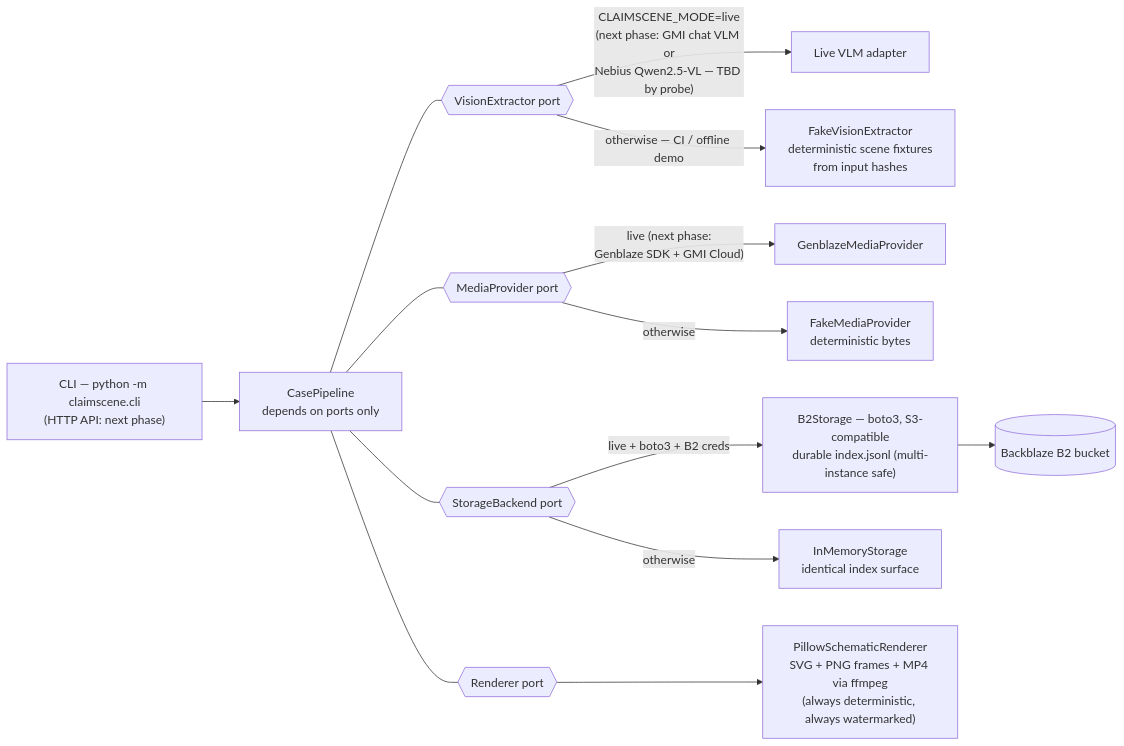
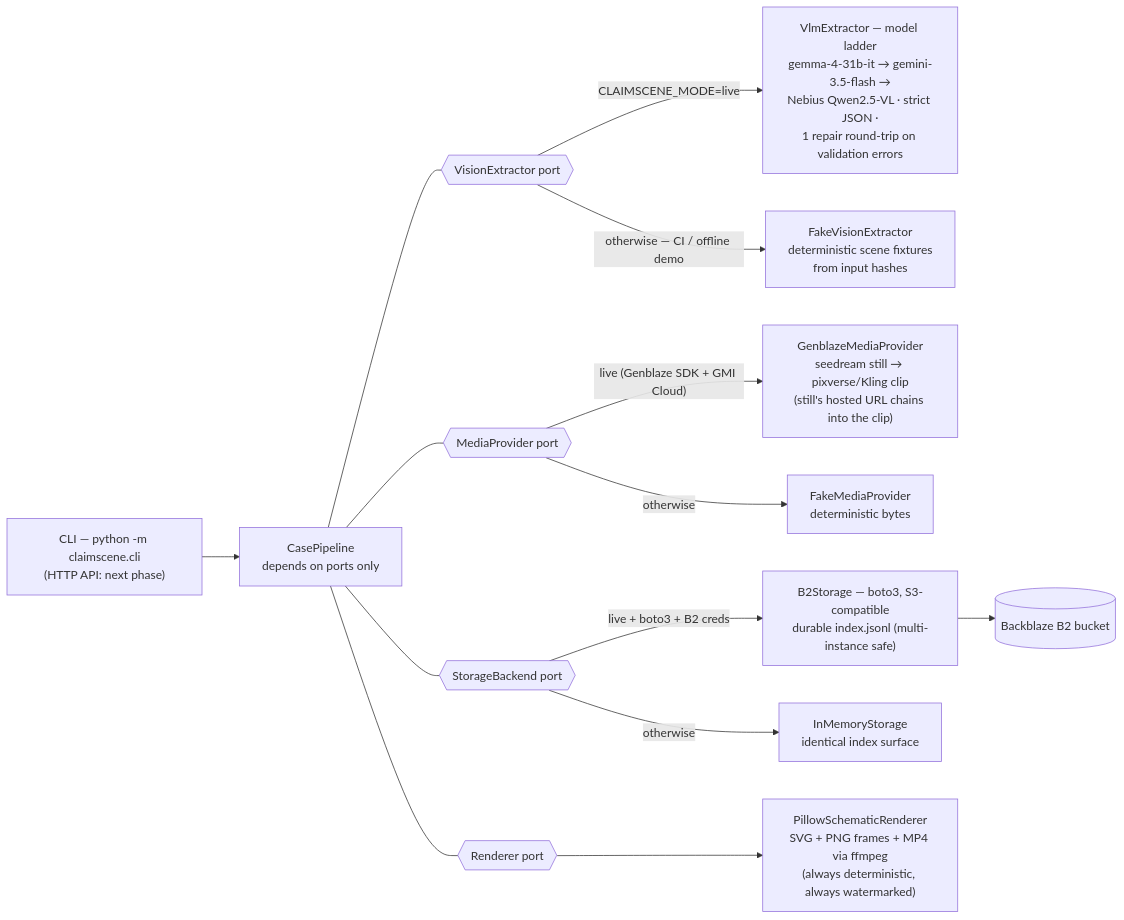
The second of 2 diagrams in README.md (upgradedev/claimscene), drawn with Mermaid before and after one commit. The commit also changed other lines of this file and 58 other files, not shown here.

First line of the commit message:
Phase 2: live VLM extraction (measured 100%), Genblaze still+clip provider, gating readiness (#1)

````diff
--- a/README.md
+++ b/README.md
@@ -60,16 +62,16 @@
 ```mermaid
 flowchart LR
     CLI["CLI — python -m claimscene.cli<br/>(HTTP API: next phase)"] --> PIPE["CasePipeline<br/>depends on ports only"]
     PIPE --- VE{{"VisionExtractor port"}}
     PIPE --- MP{{"MediaProvider port"}}
     PIPE --- SB{{"StorageBackend port"}}
     PIPE --- RD{{"Renderer port"}}
-    VE -->|"CLAIMSCENE_MODE=live<br/>(next phase: GMI chat VLM or<br/>Nebius Qwen2.5-VL — TBD by probe)"| VEL["Live VLM adapter"]
+    VE -->|"CLAIMSCENE_MODE=live"| VEL["VlmExtractor — model ladder<br/>gemma-4-31b-it → gemini-3.5-flash →<br/>Nebius Qwen2.5-VL · strict JSON ·<br/>1 repair round-trip on validation errors"]
     VE -->|"otherwise — CI / offline demo"| VEF["FakeVisionExtractor<br/>deterministic scene fixtures<br/>from input hashes"]
-    MP -->|"live (next phase:<br/>Genblaze SDK + GMI Cloud)"| MPL["GenblazeMediaProvider"]
+    MP -->|"live (Genblaze SDK + GMI Cloud)"| MPL["GenblazeMediaProvider<br/>seedream still → pixverse/Kling clip<br/>(still's hosted URL chains into the clip)"]
     MP -->|"otherwise"| MPF["FakeMediaProvider<br/>deterministic bytes"]
     SB -->|"live + boto3 + B2 creds"| B2S["B2Storage — boto3, S3-compatible<br/>durable index.jsonl (multi-instance safe)"]
     SB -->|"otherwise"| IMS["InMemoryStorage<br/>identical index surface"]
     RD --> PSR["PillowSchematicRenderer<br/>SVG + PNG frames + MP4 via ffmpeg<br/>(always deterministic, always watermarked)"]
     B2S --> B2[("Backblaze B2 bucket")]
 ```
````
